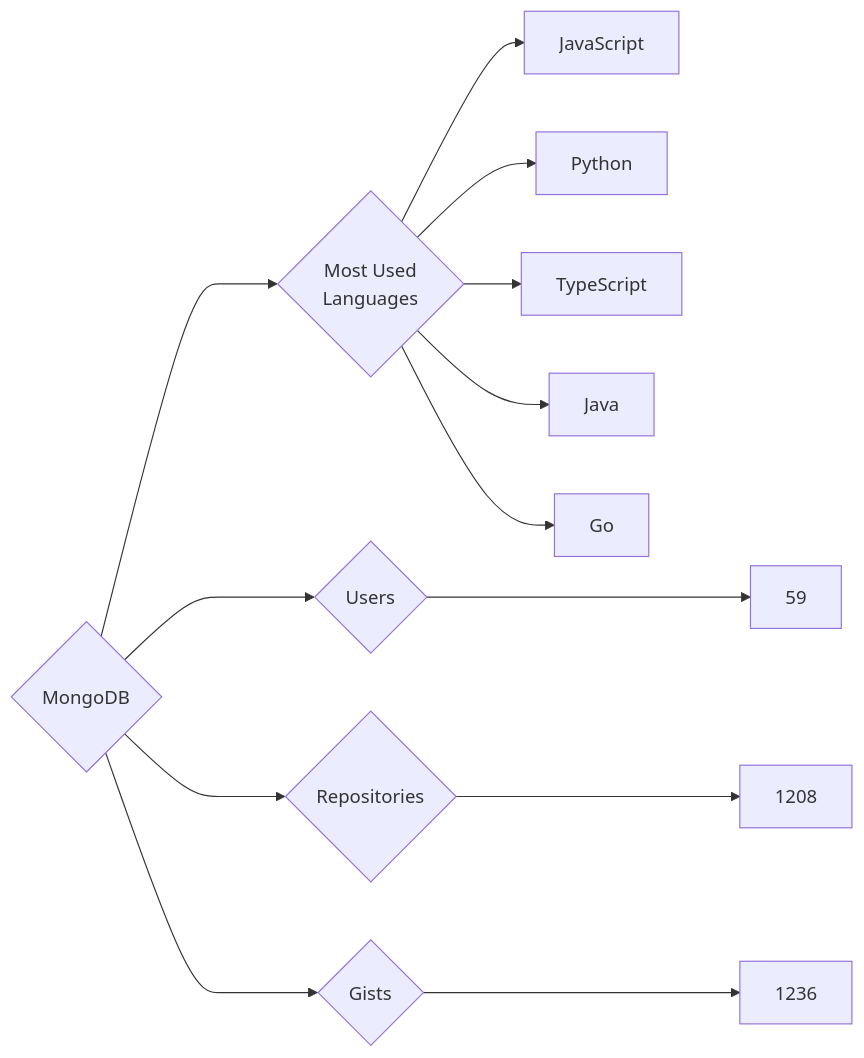
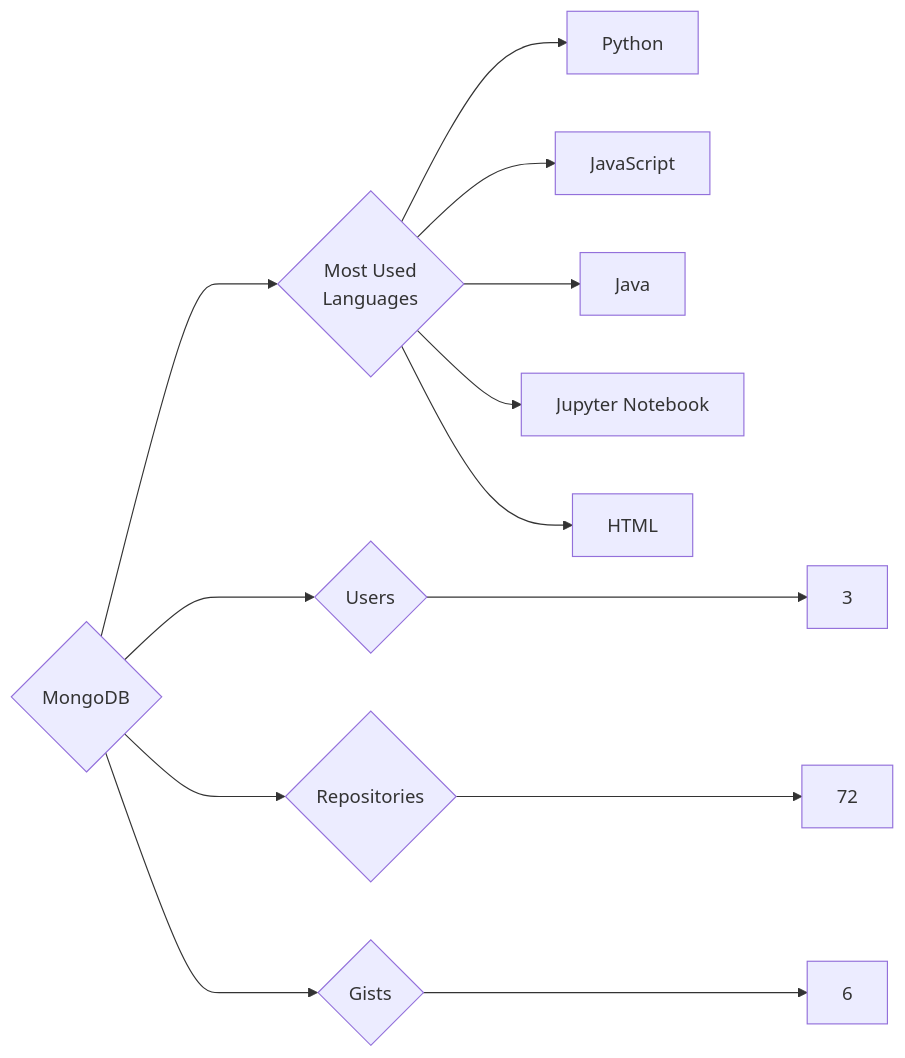
One commit to trickest/insiders changed the diagram in targets/MongoDB/README.md. Above: the diagram before and after it, drawn with Mermaid. The commit also changed 1496 other files, not shown here.

````diff
--- a/targets/MongoDB/README.md
+++ b/targets/MongoDB/README.md
@@ -3,13 +3,13 @@
 ```mermaid
 graph LR
 COMPANY_NAME{MongoDB}
-COMPANY_NAME ---> U{Users} ---> UN[59]
-COMPANY_NAME ---> R{Repositories} ---> RN[1208]
-COMPANY_NAME ---> G{Gists} ---> GN[1236]
+COMPANY_NAME ---> U{Users} ---> UN[3]
+COMPANY_NAME ---> R{Repositories} ---> RN[72]
+COMPANY_NAME ---> G{Gists} ---> GN[6]
 COMPANY_NAME ---> ML{Most Used<br>Languages}
+ML --> Python[Python]
 ML --> JavaScript[JavaScript]
-ML --> Python[Python]
-ML --> TypeScript[TypeScript]
 ML --> Java[Java]
-ML --> Go[Go]
+ML --> Jupyter_Notebook[Jupyter Notebook]
+ML --> HTML[HTML]
 ```
````
